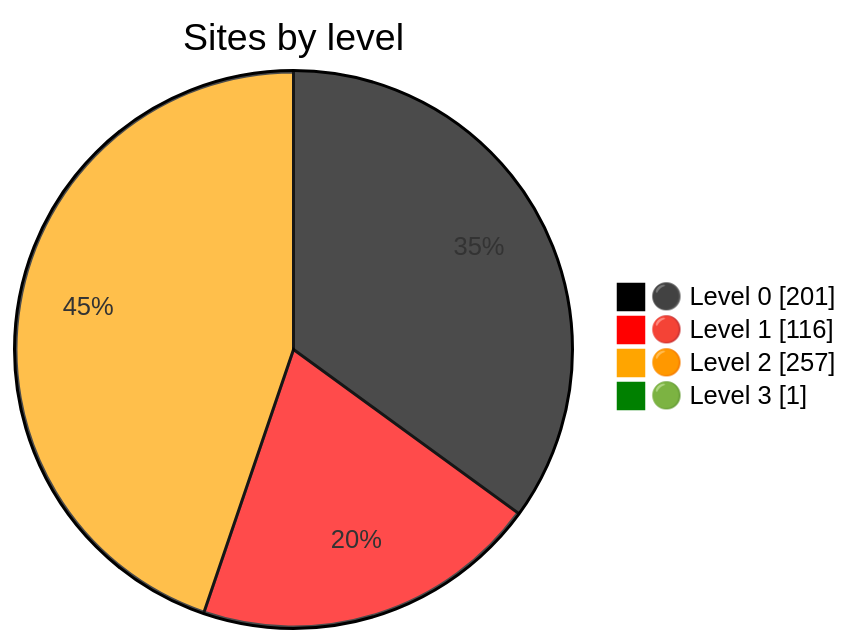
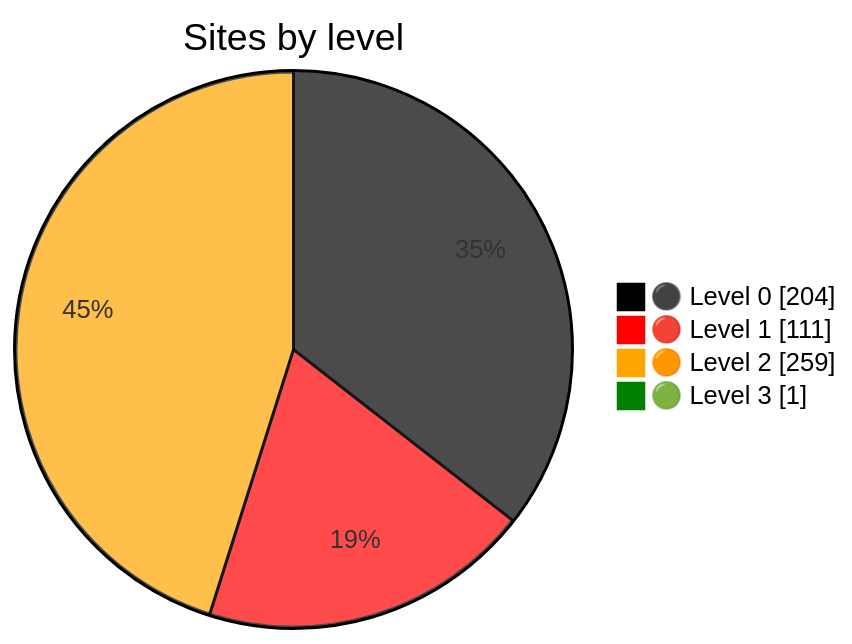
Before and after one commit to nuuuwan/gov_lk_web_auditor: the diagram in README.md, drawn with Mermaid. The commit also changed other lines of this file and 2583 other files, not shown here.

````diff
--- a/README.md
+++ b/README.md
@@ -24,9 +24,9 @@
 ```mermaid
 %%{init: {"themeVariables":{"pie1":"black","pie2":"red","pie3":"orange","pie4":"green"}}}%%
 pie showData
     title Sites by level
-    "⚫ Level 0" : 201
-    "🔴 Level 1" : 116
-    "🟠 Level 2" : 257
+    "⚫ Level 0" : 204
+    "🔴 Level 1" : 111
+    "🟠 Level 2" : 259
     "🟢 Level 3" : 1
 ```
````
